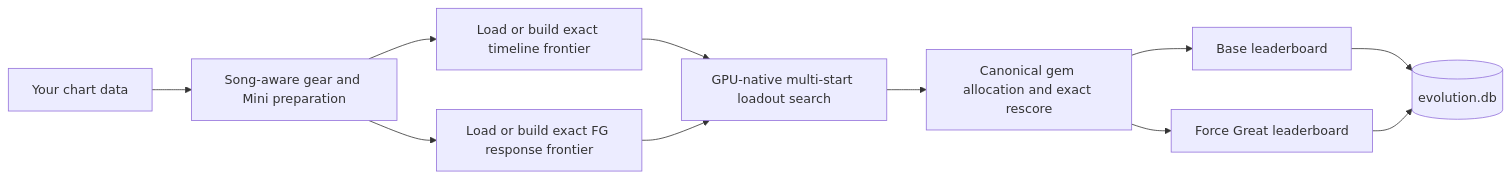
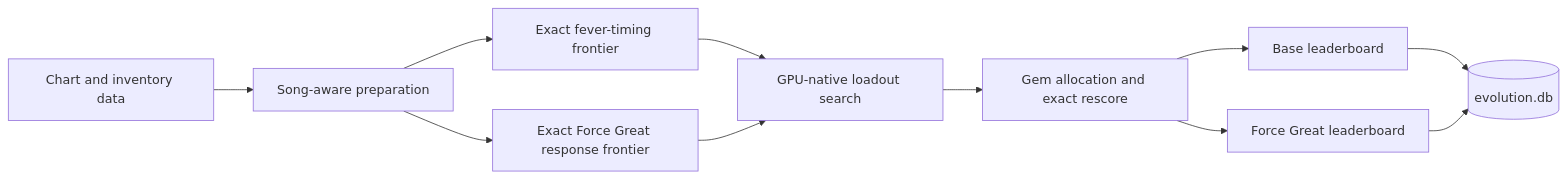
One commit to TheBaconactor/RoBeats-Calculator-Engine changed the diagram in README.md. Above: the diagram before and after it, drawn with Mermaid. The commit also changed other lines of this file and 17 other files, not shown here.

````diff
--- a/README.md
+++ b/README.md
@@ -41,13 +186,13 @@
 ```mermaid
 flowchart LR
-    A[Your chart data] --> B[Song-aware gear and Mini preparation]
-    B --> C[Load or build exact timeline frontier]
-    B --> D[Load or build exact FG response frontier]
-    C --> E[GPU-native multi-start loadout search]
+    A["Chart and inventory data"] --> B["Song-aware preparation"]
+    B --> C["Exact fever-timing frontier"]
+    B --> D["Exact Force Great response frontier"]
+    C --> E["GPU-native loadout search"]
     D --> E
-    E --> F[Canonical gem allocation and exact rescore]
-    F --> G[Base leaderboard]
-    F --> H[Force Great leaderboard]
-    G --> I[(evolution.db)]
+    E --> F["Gem allocation and exact rescore"]
+    F --> G["Base leaderboard"]
+    F --> H["Force Great leaderboard"]
+    G --> I[("evolution.db")]
     H --> I
 ```
````
